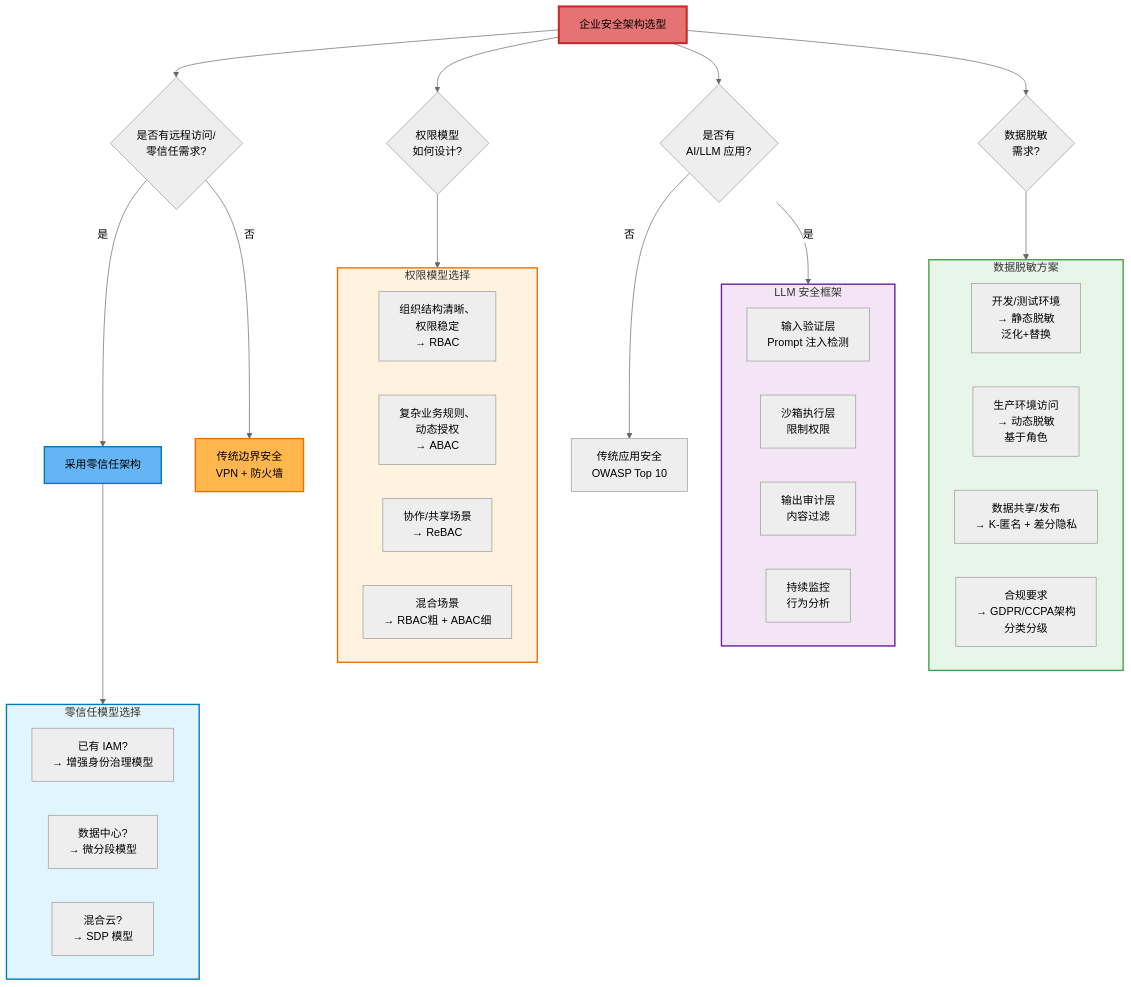
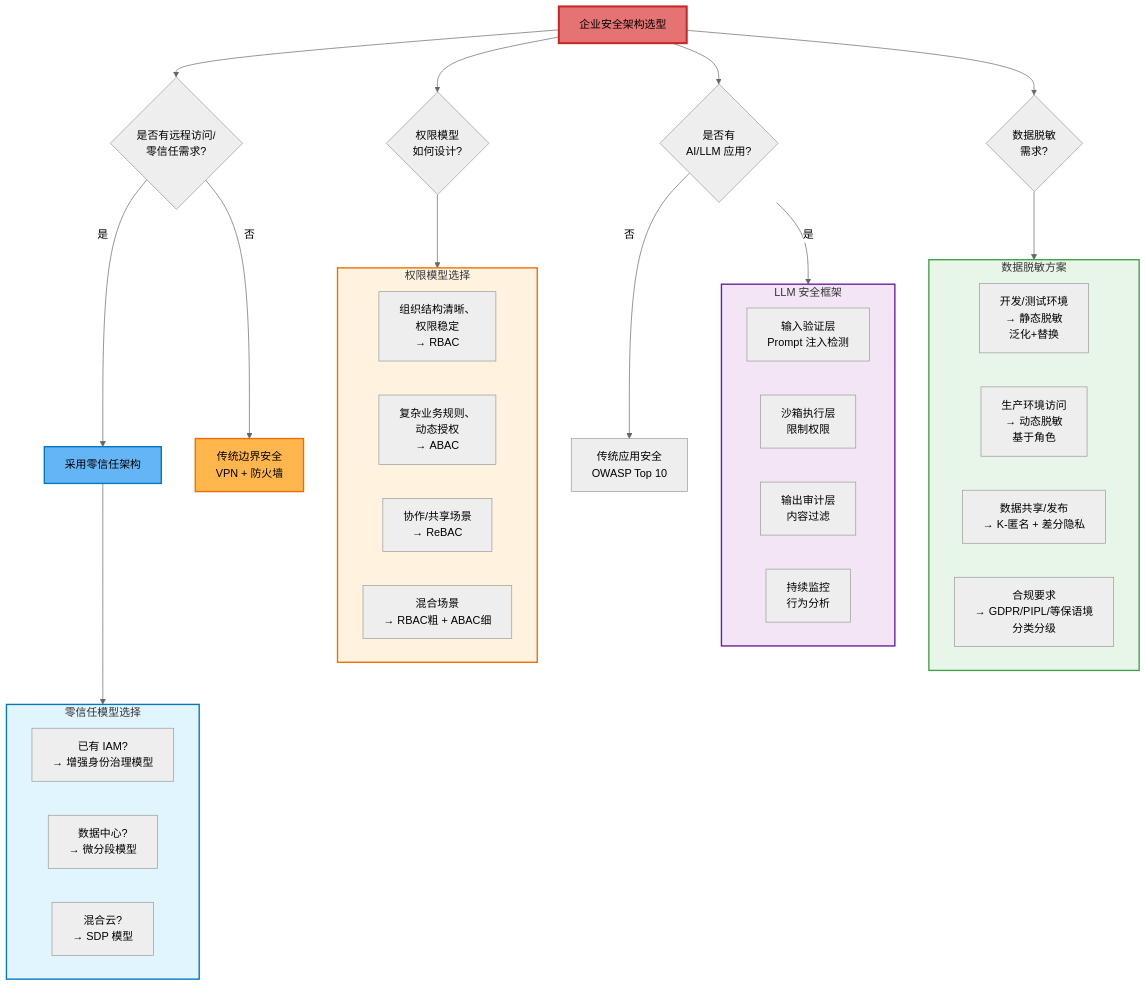
One commit to ink-hz/starship-blog-source changed diagram 24 of 24 in src/content/blog/企业安全架构-深度理论知识.md. Above: the diagram before and after it, drawn with Mermaid (neutral theme). The commit also changed other lines of this file and 6 other files, not shown here.

Commit message:
Improve factual accuracy of public architecture posts

````diff
--- a/src/content/blog/企业安全架构-深度理论知识.md
+++ b/src/content/blog/企业安全架构-深度理论知识.md
@@ -1990,61 +1999,61 @@
 ```mermaid
 graph TB
     Start[企业安全架构选型]
     Q1{是否有远程访问/<br/>零信任需求?}
     Q2{权限模型<br/>如何设计?}
     Q3{是否有<br/>AI/LLM 应用?}
     Q4{数据脱敏<br/>需求?}
 
     ZT[采用零信任架构]
     Traditional[传统边界安全<br/>VPN + 防火墙]
 
     subgraph ZT_Models[零信任模型选择]
         IAM[已有 IAM?<br/>→ 增强身份治理模型]
         DC[数据中心?<br/>→ 微分段模型]
         Cloud[混合云?<br/>→ SDP 模型]
     end
 
     subgraph Auth_Models[权限模型选择]
         RBAC_Choice[组织结构清晰、<br/>权限稳定<br/>→ RBAC]
         ABAC_Choice[复杂业务规则、<br/>动态授权<br/>→ ABAC]
         ReBAC_Choice[协作/共享场景<br/>→ ReBAC]
         Hybrid[混合场景<br/>→ RBAC粗 + ABAC细]
     end
 
     subgraph AI_Security[LLM 安全框架]
         AI1[输入验证层<br/>Prompt 注入检测]
         AI2[沙箱执行层<br/>限制权限]
         AI3[输出审计层<br/>内容过滤]
         AI4[持续监控<br/>行为分析]
     end
 
     subgraph Data_Mask[数据脱敏方案]
         Dev[开发/测试环境<br/>→ 静态脱敏<br/>泛化+替换]
         Prod[生产环境访问<br/>→ 动态脱敏<br/>基于角色]
         Share[数据共享/发布<br/>→ K-匿名 + 差分隐私]
-        Compliance[合规要求<br/>→ GDPR/CCPA架构<br/>分类分级]
+        Compliance[合规要求<br/>→ GDPR/PIPL/等保语境<br/>分类分级]
     end
 
     Start --> Q1
     Q1 -->|是| ZT
     Q1 -->|否| Traditional
     ZT --> ZT_Models
 
     Start --> Q2
     Q2 --> Auth_Models
 
     Start --> Q3
     Q3 -->|是| AI_Security
     Q3 -->|否| AppSec[传统应用安全<br/>OWASP Top 10]
 
     Start --> Q4
     Q4 --> Data_Mask
 
     style Start fill:#e57373,stroke:#c62828,stroke-width:3px
     style ZT fill:#64b5f6,stroke:#0277bd,stroke-width:2px
     style Traditional fill:#ffb74d,stroke:#ef6c00,stroke-width:2px
     style ZT_Models fill:#e1f5fe,stroke:#0277bd,stroke-width:2px
     style Auth_Models fill:#fff3e0,stroke:#ef6c00,stroke-width:2px
     style AI_Security fill:#f3e5f5,stroke:#6a1b9a,stroke-width:2px
     style Data_Mask fill:#e8f5e9,stroke:#43a047,stroke-width:2px
 ```
````
